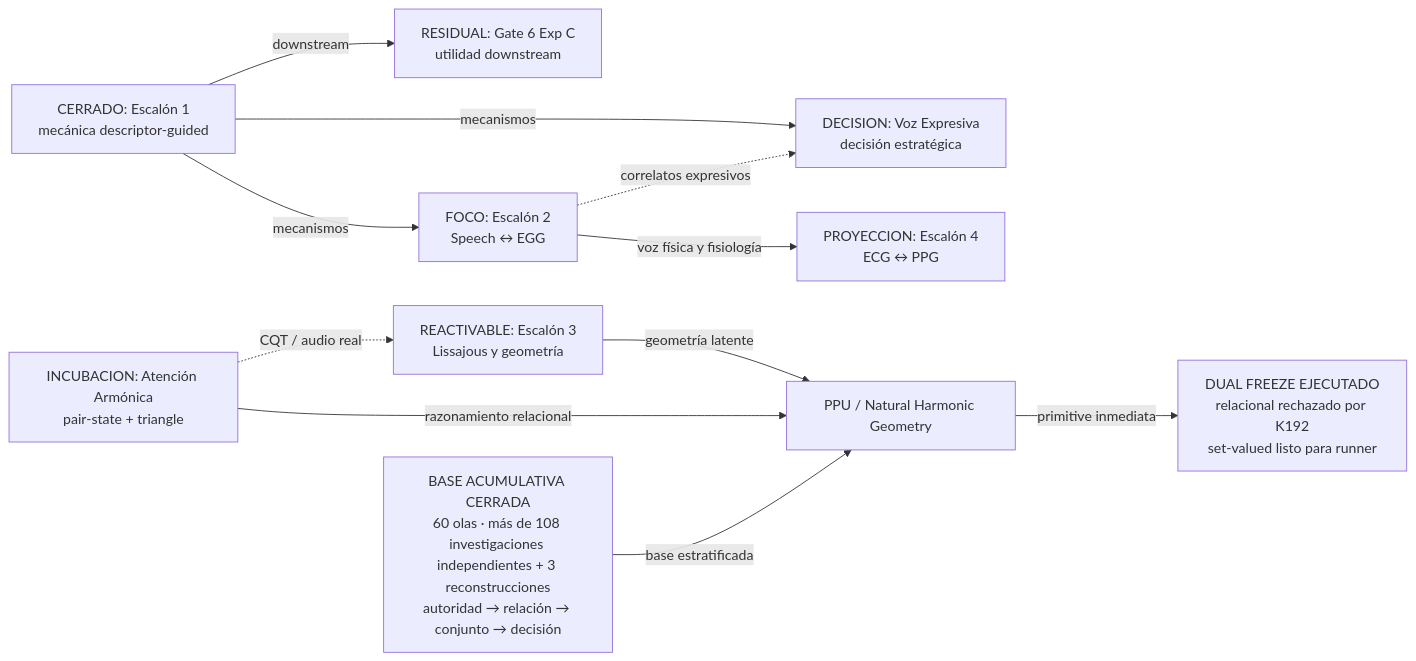
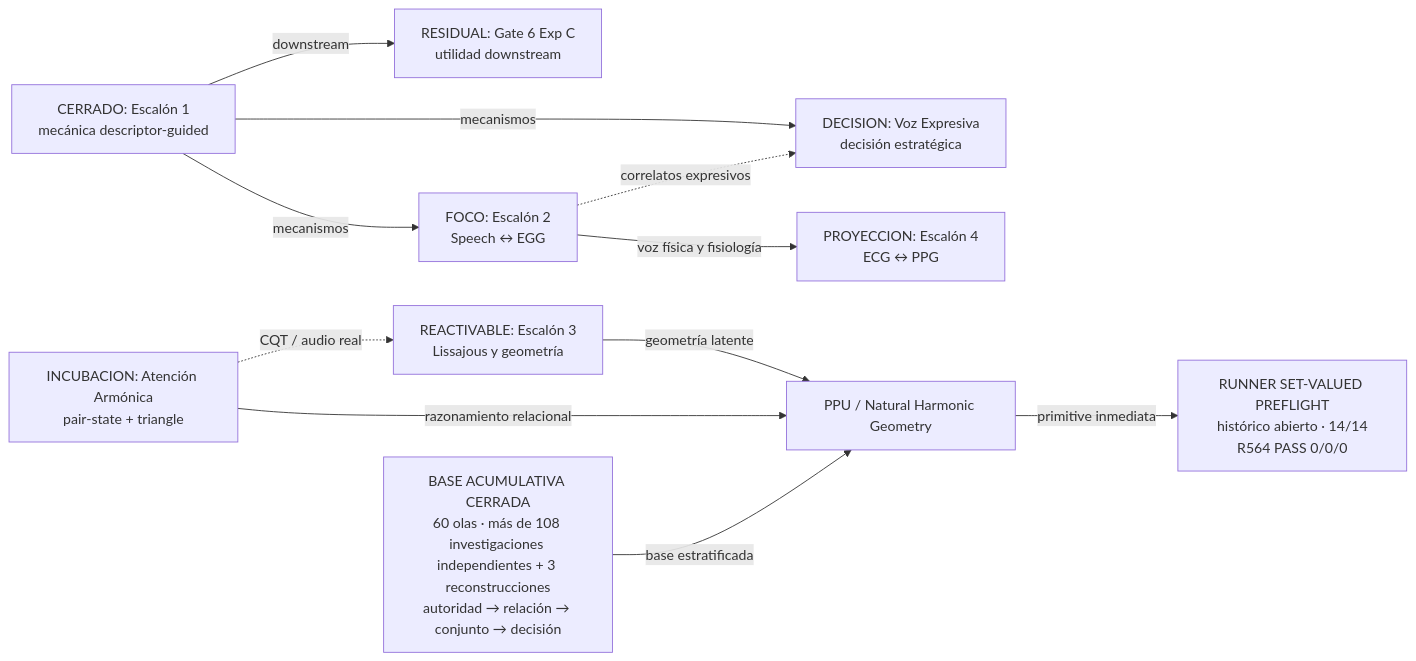
One commit to Mar-IA-no/Phideus changed the first of 2 diagrams in Documents/05_WIKI/MAPA_VISUAL_DEL_PROGRAMA.md. Above: the diagram before and after it, drawn with Mermaid. The commit also changed other lines of this file and 4 other files, not shown here.

Commit message:
synchronize set-valued runner public state

````diff
--- a/Documents/05_WIKI/MAPA_VISUAL_DEL_PROGRAMA.md
+++ b/Documents/05_WIKI/MAPA_VISUAL_DEL_PROGRAMA.md
@@ -72,24 +75,24 @@
 ```mermaid
 flowchart LR
     E1["CERRADO: Escalón 1<br/>mecánica descriptor-guided"]
     G6["RESIDUAL: Gate 6 Exp C<br/>utilidad downstream"]
     E2["FOCO: Escalón 2<br/>Speech ↔ EGG"]
     VE["DECISION: Voz Expresiva<br/>decisión estratégica"]
     E3["REACTIVABLE: Escalón 3<br/>Lissajous y geometría"]
     AA["INCUBACION: Atención Armónica<br/>pair-state + triangle"]
     E4["PROYECCION: Escalón 4<br/>ECG ↔ PPG"]
     PPU["PPU / Natural Harmonic Geometry"]
     GT["BASE ACUMULATIVA CERRADA<br/>60 olas · más de 108 investigaciones independientes + 3 reconstrucciones<br/>autoridad → relación → conjunto → decisión"]
-    NCP["DUAL FREEZE EJECUTADO<br/>relacional rechazado por K192<br/>set-valued listo para runner"]
+    NCP["RUNNER SET-VALUED PREFLIGHT<br/>histórico abierto · 14/14<br/>R564 PASS 0/0/0"]
 
     E1 -->|mecanismos| E2
     E1 -->|mecanismos| VE
     E1 -->|downstream| G6
     E2 -->|voz física y fisiología| E4
     E2 -.->|correlatos expresivos| VE
     E3 -->|geometría latente| PPU
     AA -->|razonamiento relacional| PPU
     GT -->|base estratificada| PPU
     PPU -->|primitive inmediata| NCP
     AA -.->|CQT / audio real| E3
 ```
````
